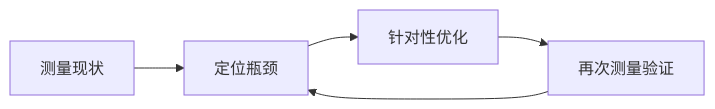
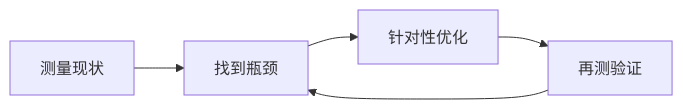
One commit to cv-superding/nas-guide changed the diagram in docs/08-进阶主题/8.3-性能调优.md. Above: the diagram before and after it, drawn with Mermaid. The commit also changed other lines of this file and 4 other files, not shown here.

````diff
--- a/docs/08-进阶主题/8.3-性能调优.md
+++ b/docs/08-进阶主题/8.3-性能调优.md
@@ -17,7 +17,4 @@
 ```mermaid
 flowchart LR
-    A[测量现状] --> B[定位瓶颈]
-    B --> C[针对性优化]
-    C --> D[再次测量验证]
-    D --> B
+    A[测量现状] --> B[找到瓶颈] --> C[针对性优化] --> D[再测验证] --> B
 ```
````
